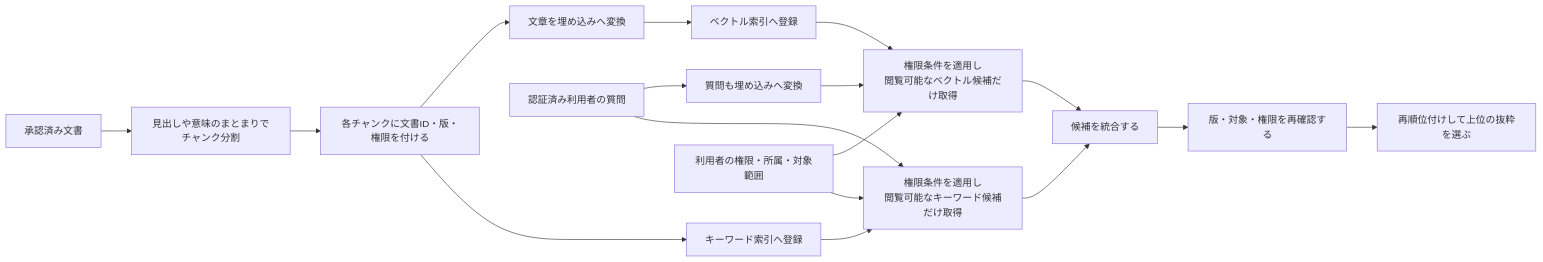
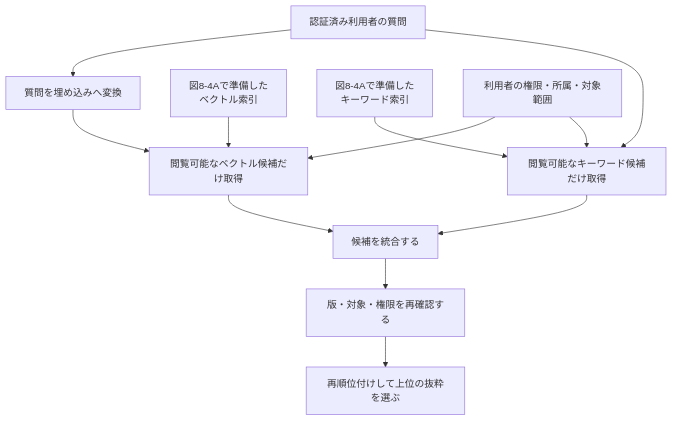
The sixth of 7 diagrams in ai-business-efficiency-instructor-content/08_rag_and_knowledge_management.md (kiyo37/AI--), drawn with Mermaid before and after one commit. The commit also changed other lines of this file and 139 other files, not shown here.

````diff
--- a/ai-business-efficiency-instructor-content/08_rag_and_knowledge_management.md
+++ b/ai-business-efficiency-instructor-content/08_rag_and_knowledge_management.md
@@ -177,19 +238,14 @@
 ```mermaid
-flowchart LR
-    A["承認済み文書"] --> B["見出しや意味のまとまりでチャンク分割"]
-    B --> C["各チャンクに文書ID・版・権限を付ける"]
-    C --> D["文章を埋め込みへ変換"]
-    D --> E["ベクトル索引へ登録"]
-    C --> F["キーワード索引へ登録"]
-    G["認証済み利用者の質問"] --> H["質問も埋め込みへ変換"]
-    P["利用者の権限・所属・対象範囲"] --> I["権限条件を適用し<br/>閲覧可能なベクトル候補だけ取得"]
-    P --> J["権限条件を適用し<br/>閲覧可能なキーワード候補だけ取得"]
+flowchart TD
+    G["認証済み利用者の質問"] --> H["質問を埋め込みへ変換"]
+    V["図8-4Aで準備した<br/>ベクトル索引"] --> I["閲覧可能なベクトル候補だけ取得"]
+    W["図8-4Aで準備した<br/>キーワード索引"] --> J["閲覧可能なキーワード候補だけ取得"]
+    P["利用者の権限・所属・対象範囲"] --> I
+    P --> J
     H --> I
-    E --> I
     G --> J
-    F --> J
     I --> K["候補を統合する"]
     J --> K
     K --> L["版・対象・権限を再確認する"]
     L --> M["再順位付けして上位の抜粋を選ぶ"]
 ```
````
